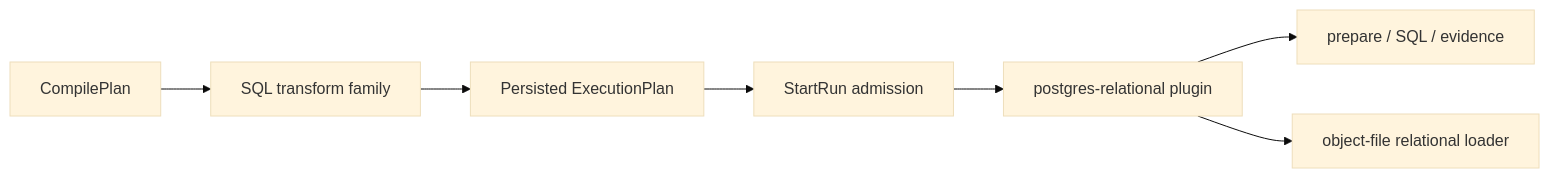
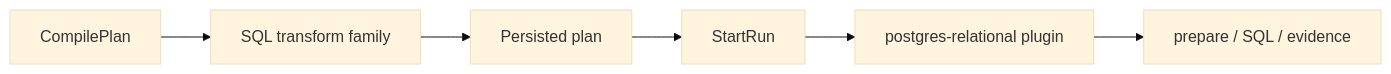
Before and after one commit to dunay2/dvt: the first of 2 diagrams in docs/planning/proposals/mandatory/runtime-and-contracts/vtx2-runtime-step-hardcut-plan-20260903.md, drawn with Mermaid (base theme). The commit also changed other lines of this file, not shown here.

````diff
--- a/docs/planning/proposals/mandatory/runtime-and-contracts/vtx2-runtime-step-hardcut-plan-20260903.md
+++ b/docs/planning/proposals/mandatory/runtime-and-contracts/vtx2-runtime-step-hardcut-plan-20260903.md
@@ -44,9 +43,6 @@
 ```mermaid
 flowchart LR
-  Compile[CompilePlan] --> Legacy[SQL transform family]
-  Legacy --> Plan[Persisted ExecutionPlan]
-  Plan --> Admission[StartRun admission]
-  Admission --> Plugin[postgres-relational plugin]
+  Compile[CompilePlan] --> Legacy[SQL transform family] --> Plan[Persisted plan]
+  Plan --> Admission[StartRun] --> Plugin[postgres-relational plugin]
   Plugin --> Steps[prepare / SQL / evidence]
-  Plugin --> Loader[object-file relational loader]
 ```
````
